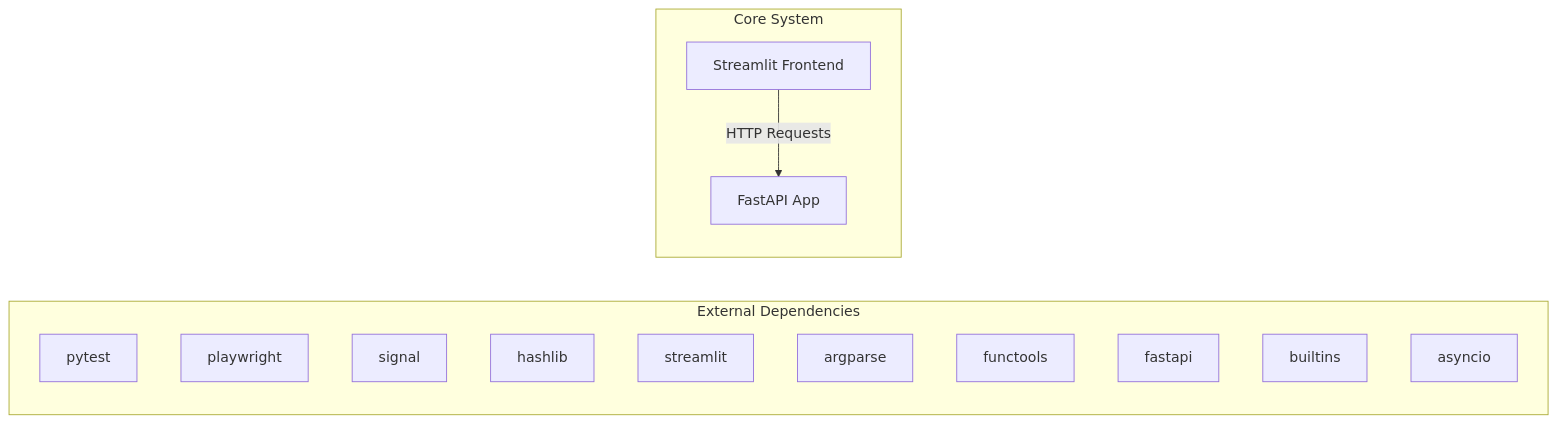
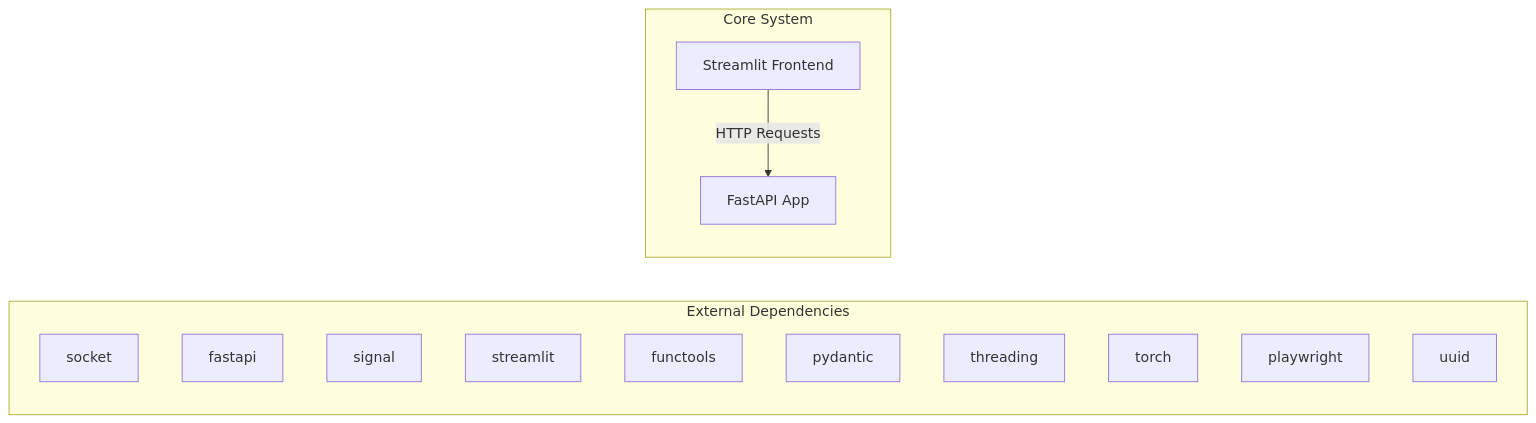
The first of 2 diagrams in docs/architecture.md (NITISH-R-G/rag-context-optimizer), drawn with Mermaid before and after one commit. The commit also changed other lines of this file and 1 other file, not shown here.

Commit message:
docs: auto-update repository knowledge, architecture diagrams, and documentation

````diff
--- a/docs/architecture.md
+++ b/docs/architecture.md
@@ -7,20 +7,20 @@
 ```mermaid
 graph LR
     subgraph External Dependencies
-        E0["pytest"]
-        E1["playwright"]
+        E0["socket"]
+        E1["fastapi"]
         E2["signal"]
-        E3["hashlib"]
-        E4["streamlit"]
-        E5["argparse"]
-        E6["functools"]
-        E7["fastapi"]
-        E8["builtins"]
-        E9["asyncio"]
+        E3["streamlit"]
+        E4["functools"]
+        E5["pydantic"]
+        E6["threading"]
+        E7["torch"]
+        E8["playwright"]
+        E9["uuid"]
     end
     subgraph Core System
         API["FastAPI App"]
         UI["Streamlit Frontend"]
     end
     UI -->|HTTP Requests| API
 ```
````
